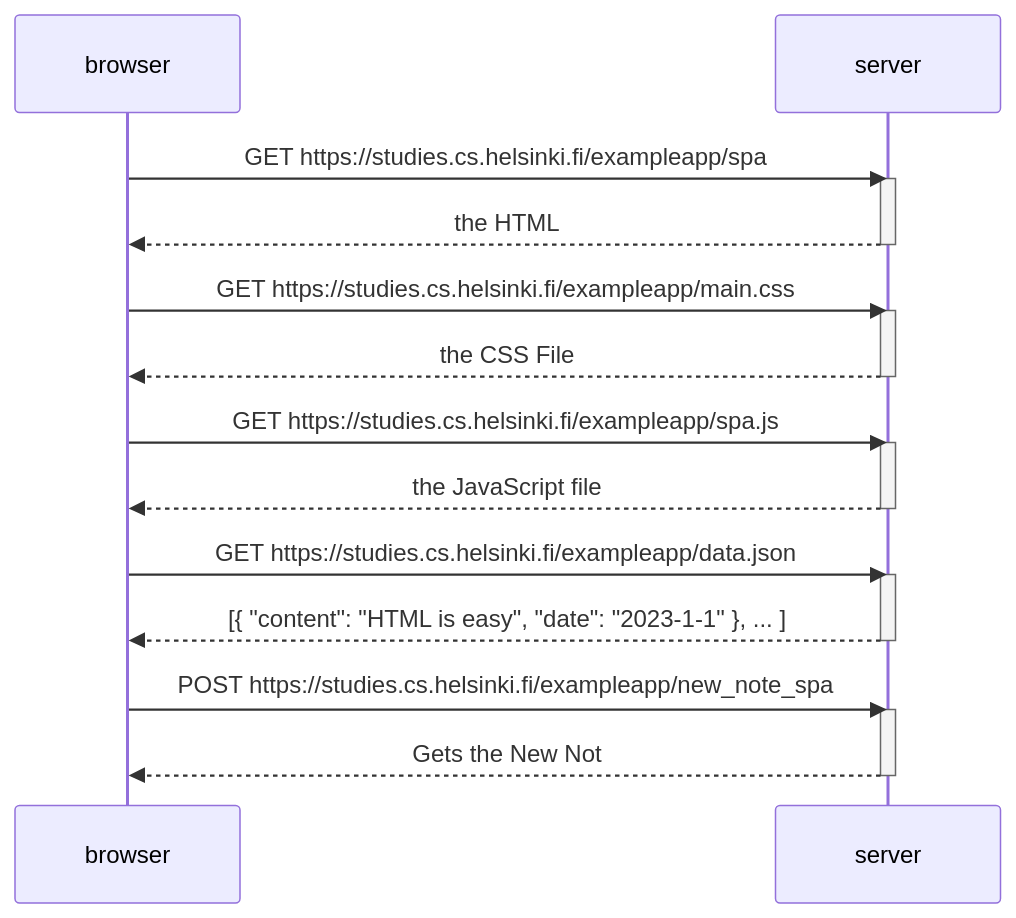
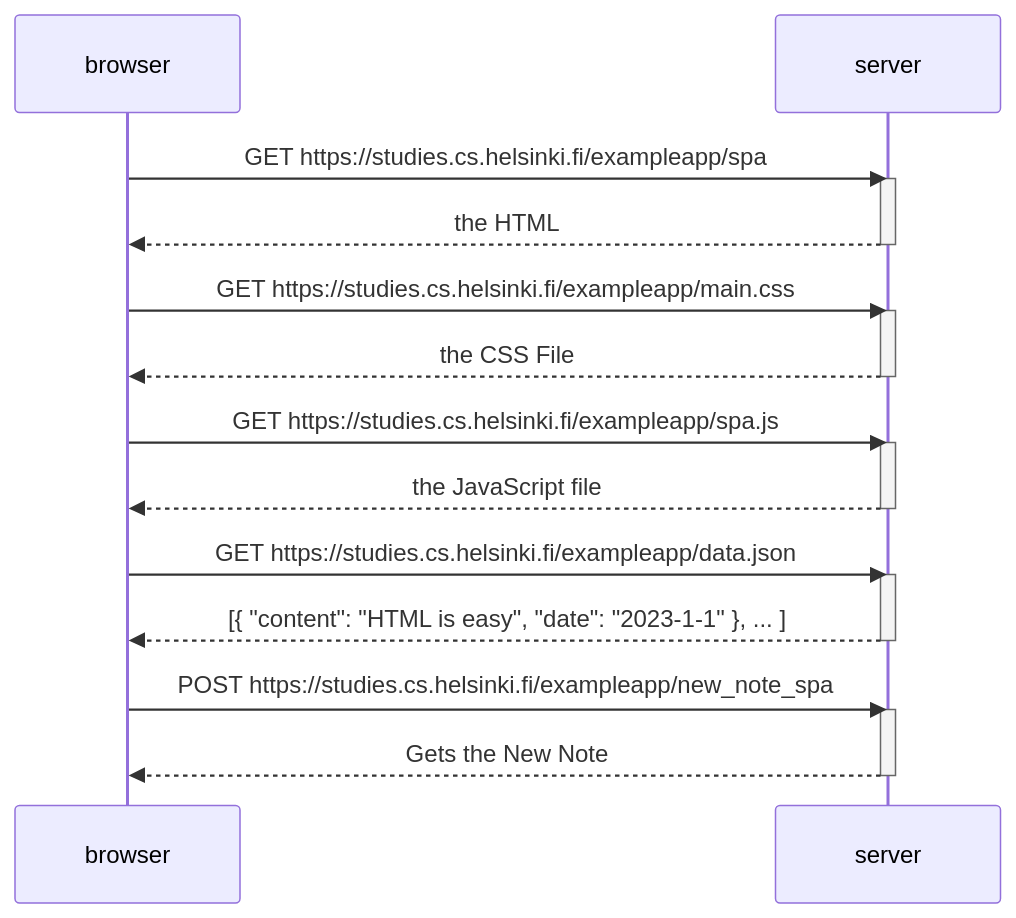
Before and after one commit to sebastiancentria/fullstack0: the diagram in 0.6tehtävä.md, drawn with Mermaid.

````diff
--- a/0.6tehtävä.md
+++ b/0.6tehtävä.md
@@ -2,31 +2,31 @@
 ```mermaid
     sequenceDiagram
     participant browser
     participant server
     
     browser->>server: GET https://studies.cs.helsinki.fi/exampleapp/spa
     activate server
     server-->>browser: the HTML
     deactivate server
 
    browser->>server: GET https://studies.cs.helsinki.fi/exampleapp/main.css
     activate server
     server-->>browser: the CSS File
     deactivate server
 
    browser->>server: GET https://studies.cs.helsinki.fi/exampleapp/spa.js
     activate server
     server-->>browser: the JavaScript file
     deactivate server
     
     browser->>server: GET https://studies.cs.helsinki.fi/exampleapp/data.json
     activate server
     server-->>browser: [{ "content": "HTML is easy", "date": "2023-1-1" }, ... ]
     deactivate server
 
     browser->>server: POST https://studies.cs.helsinki.fi/exampleapp/new_note_spa
     activate server
-    server-->>browser: Gets the New Not
+    server-->>browser: Gets the New Note
     deactivate server
 
 ```
````
